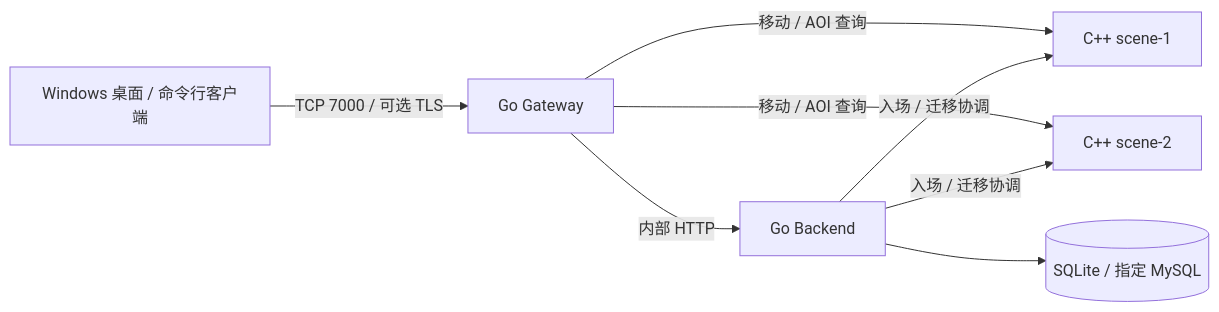
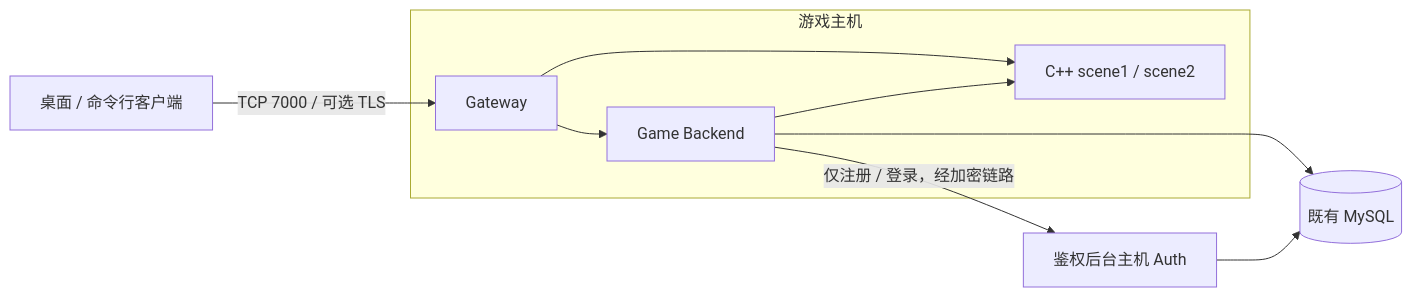
Before and after one commit to dravenlove/mmo-server: the diagram in README.md, drawn with Mermaid. The commit also changed other lines of this file and 25 other files, not shown here.

````diff
--- a/README.md
+++ b/README.md
@@ -18,10 +18,12 @@
 ```mermaid
 flowchart LR
-    C[Windows 桌面 / 命令行客户端] -->|TCP 7000 / 可选 TLS| G[Go Gateway]
-    G -->|内部 HTTP| B[Go Backend]
-    G -->|移动 / AOI 查询| S1[C++ scene-1]
-    G -->|移动 / AOI 查询| S2[C++ scene-2]
-    B -->|入场 / 迁移协调| S1
-    B -->|入场 / 迁移协调| S2
-    B --> D[(SQLite / 指定 MySQL)]
+    C[桌面 / 命令行客户端] -->|TCP 7000 / 可选 TLS| G
+    subgraph GAME[游戏主机]
+        G[Gateway] --> B[Game Backend]
+        G --> S[C++ scene1 / scene2]
+        B --> S
+    end
+    B -->|仅注册 / 登录，经加密链路| A[鉴权后台主机 Auth]
+    B --> D[(既有 MySQL)]
+    A --> D
 ```
````
